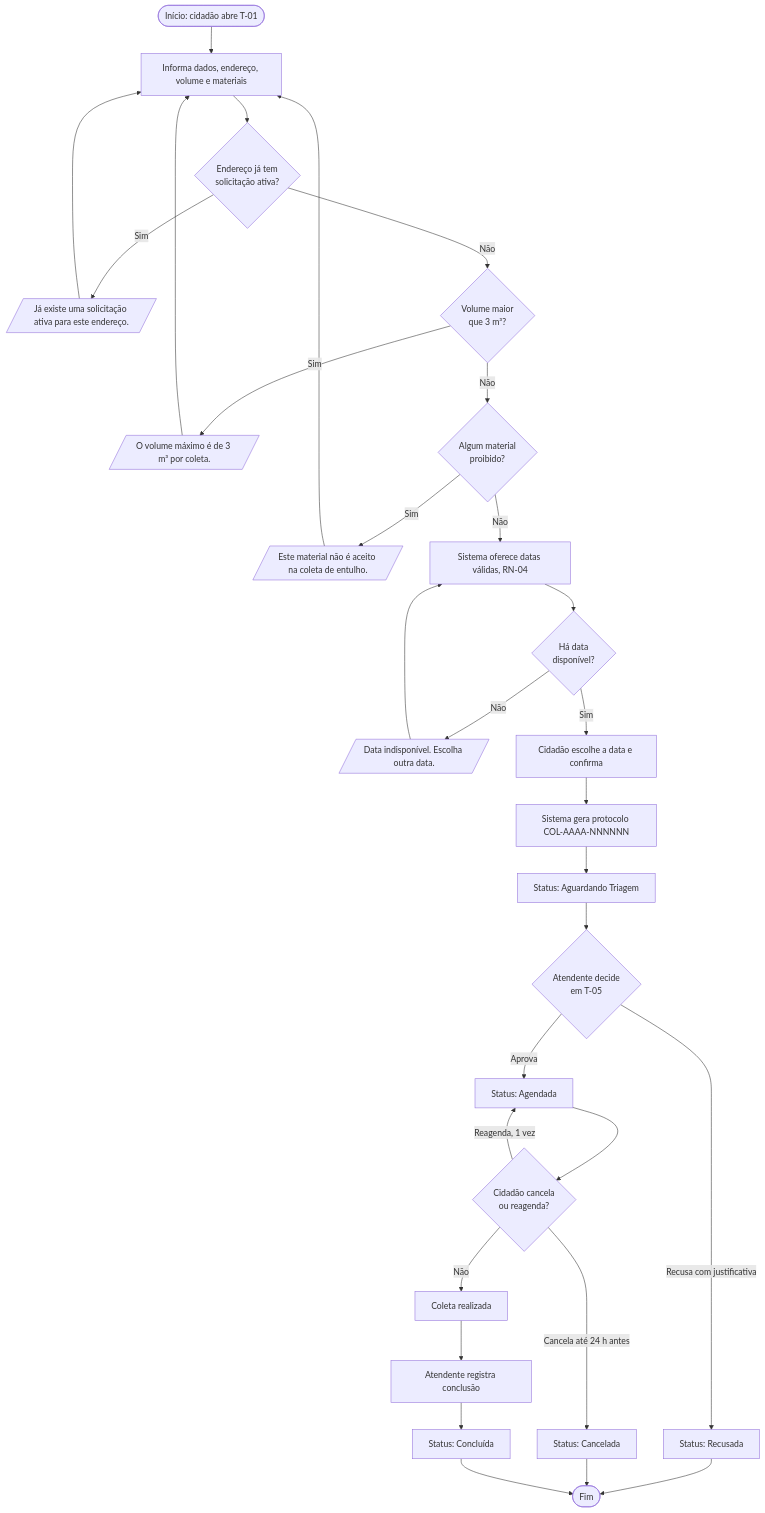
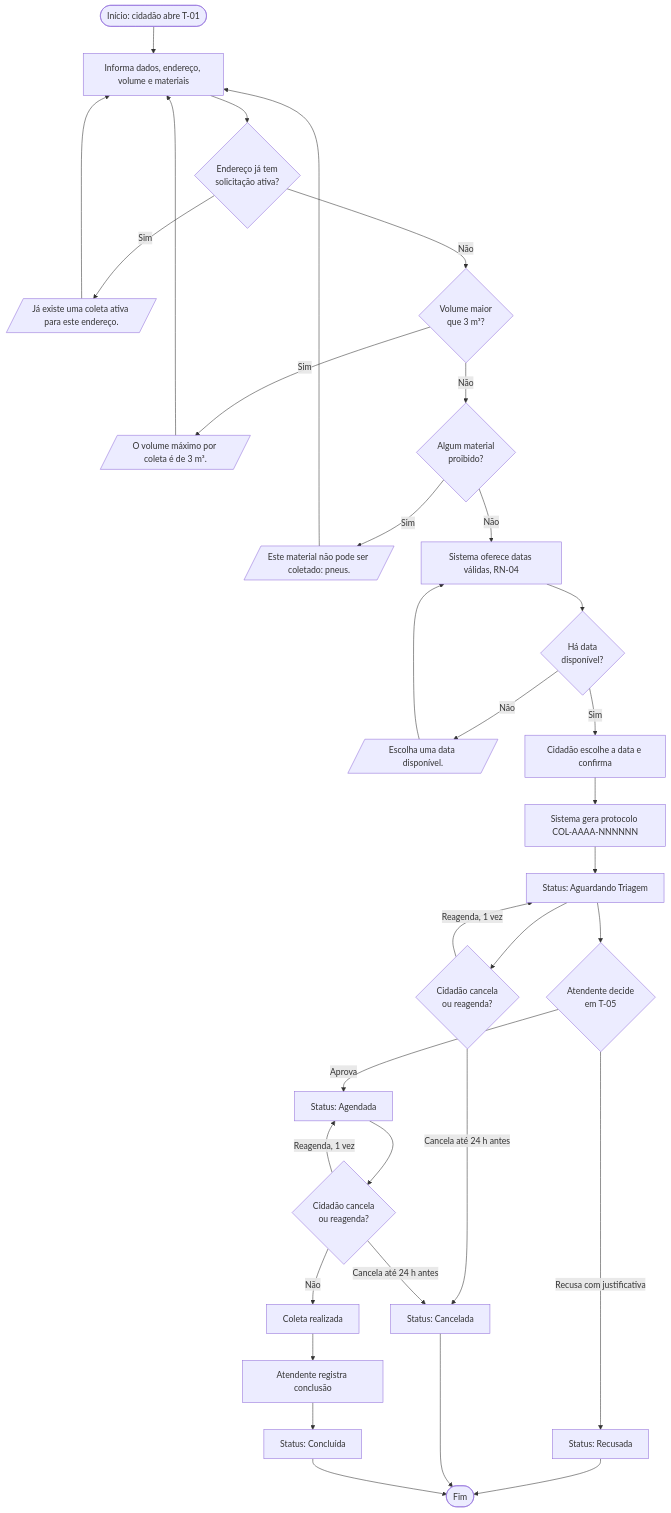
Before and after one commit to jooaoleonardi/estudo-de-caso-requisitos: the second of 2 diagrams in docs/05-processo.md, drawn with Mermaid. The commit also changed other lines of this file and 5 other files, not shown here.

````diff
--- a/docs/05-processo.md
+++ b/docs/05-processo.md
@@ -44,32 +45,35 @@
 ```mermaid
 flowchart TD
     A([Início: cidadão abre T-01]) --> B[Informa dados, endereço, volume e materiais]
     B --> C{Endereço já tem<br/>solicitação ativa?}
-    C -- Sim --> C1[/"Já existe uma solicitação ativa para este endereço."/]
+    C -- Sim --> C1[/"Já existe uma coleta ativa para este endereço."/]
     C1 --> B
     C -- Não --> D{Volume maior<br/>que 3 m³?}
-    D -- Sim --> D1[/"O volume máximo é de 3 m³ por coleta."/]
+    D -- Sim --> D1[/"O volume máximo por coleta é de 3 m³."/]
     D1 --> B
     D -- Não --> E{Algum material<br/>proibido?}
-    E -- Sim --> E1[/"Este material não é aceito na coleta de entulho."/]
+    E -- Sim --> E1[/"Este material não pode ser coletado: pneus."/]
     E1 --> B
     E -- Não --> F[Sistema oferece datas válidas, RN-04]
     F --> G{Há data<br/>disponível?}
-    G -- Não --> G1[/"Data indisponível. Escolha outra data."/]
+    G -- Não --> G1[/"Escolha uma data disponível."/]
     G1 --> F
     G -- Sim --> H[Cidadão escolhe a data e confirma]
     H --> I[Sistema gera protocolo COL-AAAA-NNNNNN]
     I --> J[Status: Aguardando Triagem]
     J --> K{Atendente decide<br/>em T-05}
     K -- Aprova --> L[Status: Agendada]
     K -- Recusa com justificativa --> M[Status: Recusada]
+    J --> T{Cidadão cancela<br/>ou reagenda?}
     L --> N{Cidadão cancela<br/>ou reagenda?}
+    T -- Cancela até 24 h antes --> O
+    T -- Reagenda, 1 vez --> J
     N -- Cancela até 24 h antes --> O[Status: Cancelada]
     N -- Reagenda, 1 vez --> L
     N -- Não --> P[Coleta realizada]
     P --> Q[Atendente registra conclusão]
     Q --> R[Status: Concluída]
     M --> S([Fim])
     O --> S
     R --> S
 ```
````
